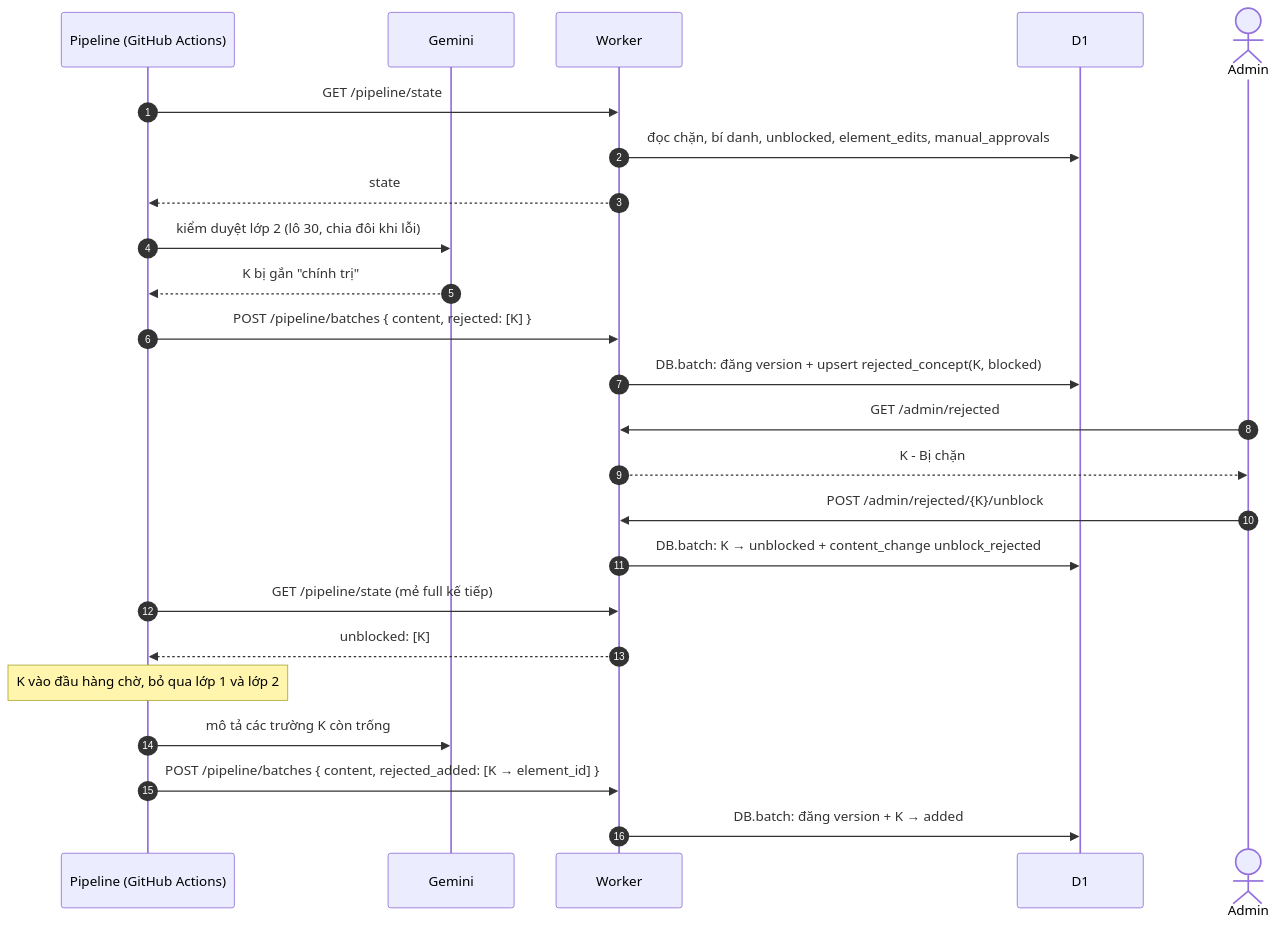
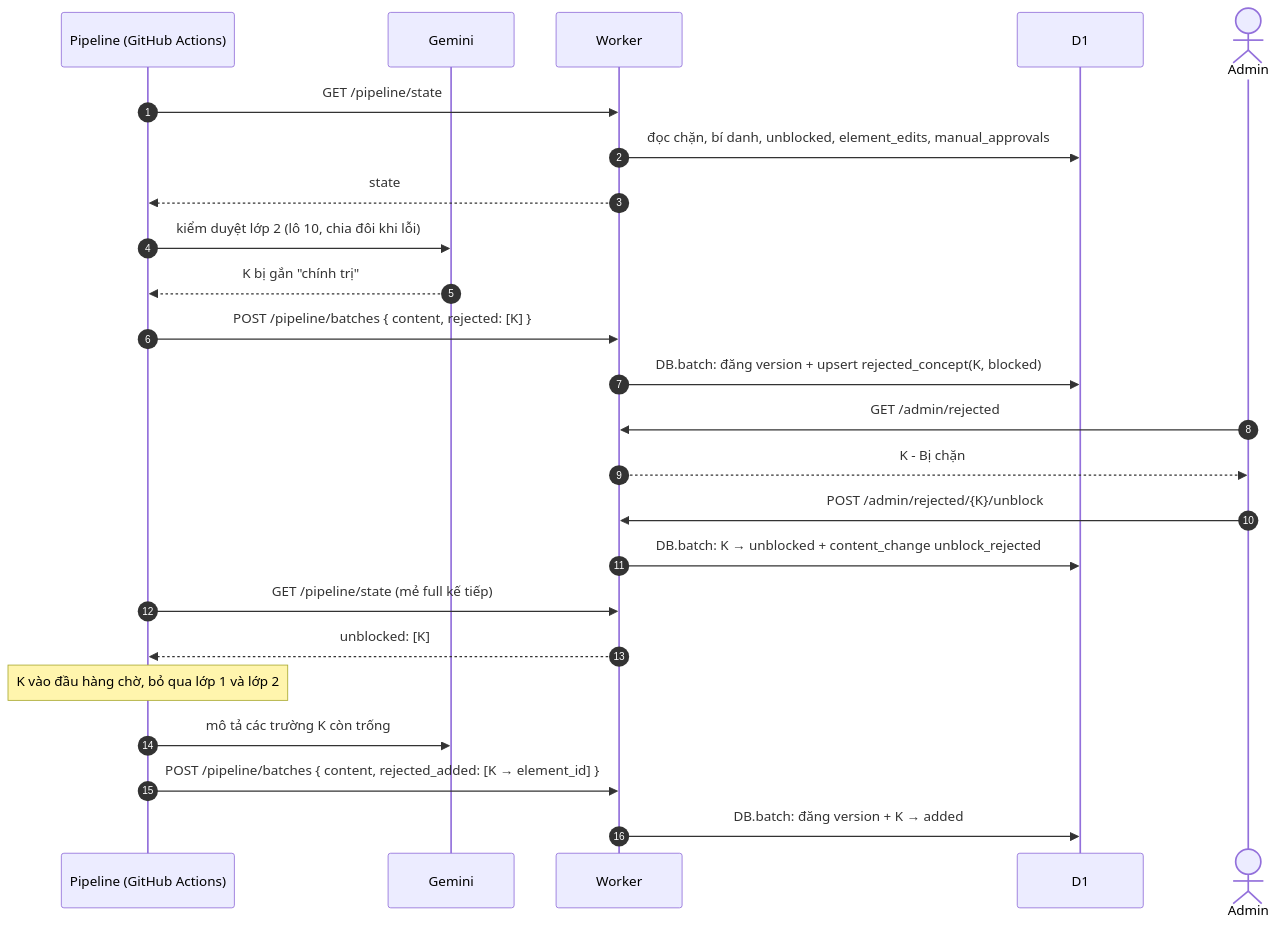
The diagram in docs/diagrams/seq-bi-chan-bo-chan.mmd (thucnq/lau-meme), drawn with Mermaid before and after one commit. The commit also changed 7 other files, not shown here.

```diff
--- a/docs/diagrams/seq-bi-chan-bo-chan.mmd
+++ b/docs/diagrams/seq-bi-chan-bo-chan.mmd
@@ -1,28 +1,28 @@
 %% Bị chặn → Bỏ chặn → mẻ sau đưa vào graph (AC-MOD-11, AC-ADMIN-14, AC-PIPE-21, ADR 0022)
 sequenceDiagram
   autonumber
   participant P as Pipeline (GitHub Actions)
   participant G as Gemini
   participant W as Worker
   participant D as D1
   actor A as Admin
 
   P->>W: GET /pipeline/state
   W->>D: đọc chặn, bí danh, unblocked, element_edits, manual_approvals
   W-->>P: state
-  P->>G: kiểm duyệt lớp 2 (lô 30, chia đôi khi lỗi)
+  P->>G: kiểm duyệt lớp 2 (lô 10, chia đôi khi lỗi)
   G-->>P: K bị gắn "chính trị"
   P->>W: POST /pipeline/batches { content, rejected: [K] }
   W->>D: DB.batch: đăng version + upsert rejected_concept(K, blocked)
 
   A->>W: GET /admin/rejected
   W-->>A: K - Bị chặn
   A->>W: POST /admin/rejected/{K}/unblock
   W->>D: DB.batch: K → unblocked + content_change unblock_rejected
 
   P->>W: GET /pipeline/state (mẻ full kế tiếp)
   W-->>P: unblocked: [K]
   Note over P: K vào đầu hàng chờ, bỏ qua lớp 1 và lớp 2
   P->>G: mô tả các trường K còn trống
   P->>W: POST /pipeline/batches { content, rejected_added: [K → element_id] }
   W->>D: DB.batch: đăng version + K → added
```
